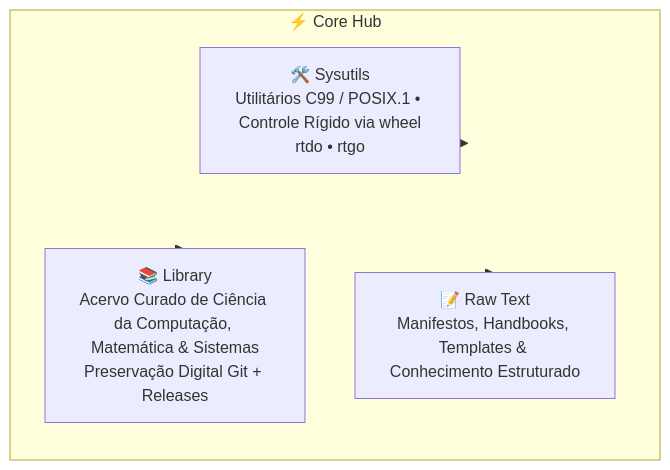
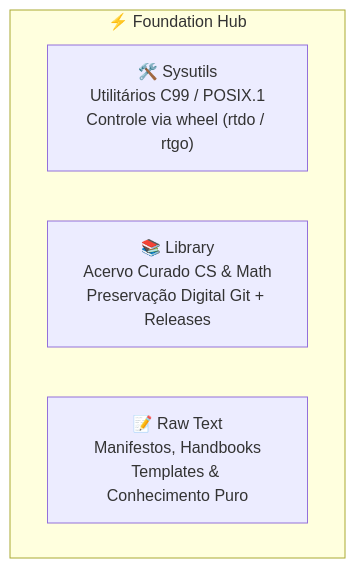
Before and after one commit to GabrielFrigo4/foundation: the diagram in README.md, drawn with Mermaid. The commit also changed other lines of this file and 4 other files, not shown here.

Commit message:
refactor(foundation): rename core to foundation, add branch=main and update CI

````diff
--- a/README.md
+++ b/README.md
@@ -21,13 +21,9 @@
 ```mermaid
 flowchart TD
-    subgraph CH ["⚡ Core Hub"]
-        direction TB
-        SU["🛠️ Sysutils<br/>Utilitários C99 / POSIX.1 • Controle Rígido via wheel<br/>rtdo • rtgo"]
-        LB["📚 Library<br/>Acervo Curado de Ciência da Computação, Matemática & Sistemas<br/>Preservação Digital Git + Releases"]
-        RT["📝 Raw Text<br/>Manifestos, Handbooks, Templates & Conhecimento Estruturado"]
+    subgraph FH ["⚡ Foundation Hub"]
+        direction LR
+        SU["🛠️ Sysutils<br/>Utilitários C99 / POSIX.1<br/>Controle via wheel (rtdo / rtgo)"]
+        LB["📚 Library<br/>Acervo Curado CS & Math<br/>Preservação Digital Git + Releases"]
+        RT["📝 Raw Text<br/>Manifestos, Handbooks<br/>Templates & Conhecimento Puro"]
     end
-
-    CH --> SU
-    CH --> LB
-    CH --> RT
 ```
````
